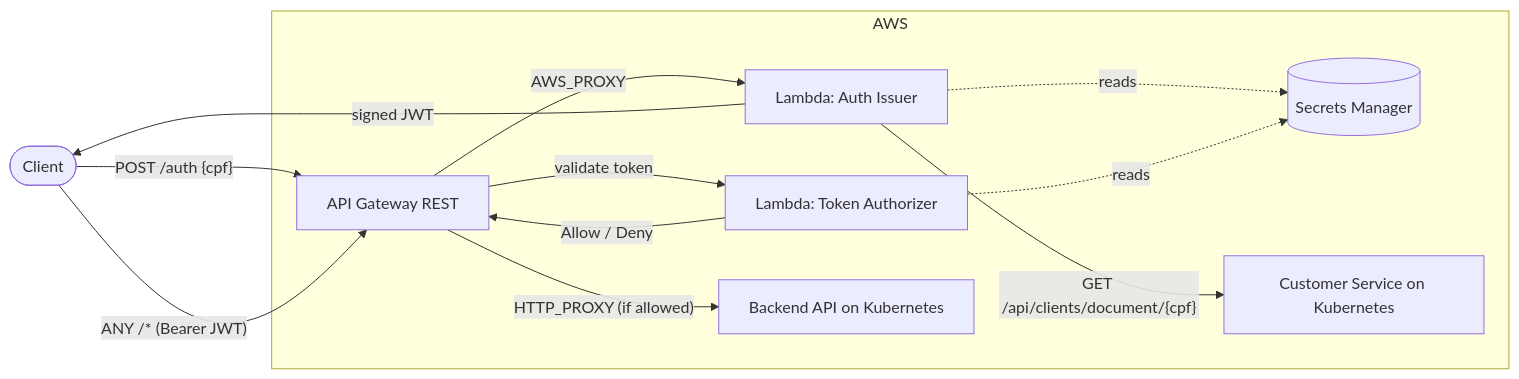
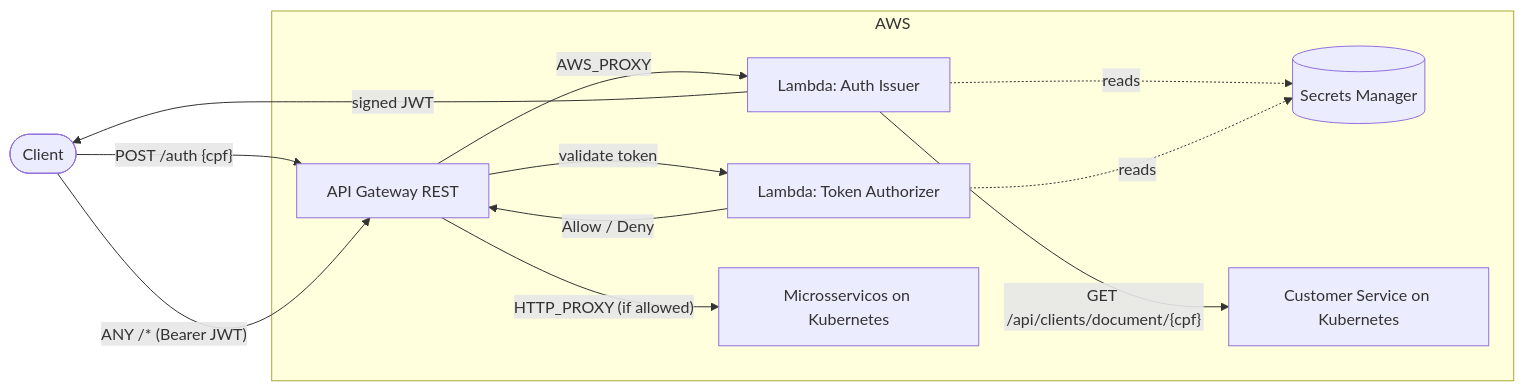
One commit to TechChalleng-FIAP-SOAT/workbench-lambda changed the first of 2 diagrams in README.md. Above: the diagram before and after it, drawn with Mermaid. The commit also changed other lines of this file, not shown here.

````diff
--- a/README.md
+++ b/README.md
@@ -42,25 +52,25 @@
 ```mermaid
 flowchart LR
     client([Client])
     subgraph AWS
       apigw[API Gateway REST]
       issuer[Lambda: Auth Issuer]
       authz[Lambda: Token Authorizer]
       sm[(Secrets Manager)]
       customer[Customer Service on Kubernetes]
-      backend[Backend API on Kubernetes]
+      services[Microsservicos on Kubernetes]
     end
 
     client -- "POST /auth {cpf}" --> apigw
     apigw -- AWS_PROXY --> issuer
     issuer -- "GET /api/clients/document/{cpf}" --> customer
     issuer -- "signed JWT" --> client
 
     client -- "ANY /* (Bearer JWT)" --> apigw
     apigw -- "validate token" --> authz
     authz -- "Allow / Deny" --> apigw
-    apigw -- "HTTP_PROXY (if allowed)" --> backend
+    apigw -- "HTTP_PROXY (if allowed)" --> services
 
     issuer -. reads .-> sm
     authz -. reads .-> sm
 ```
````
